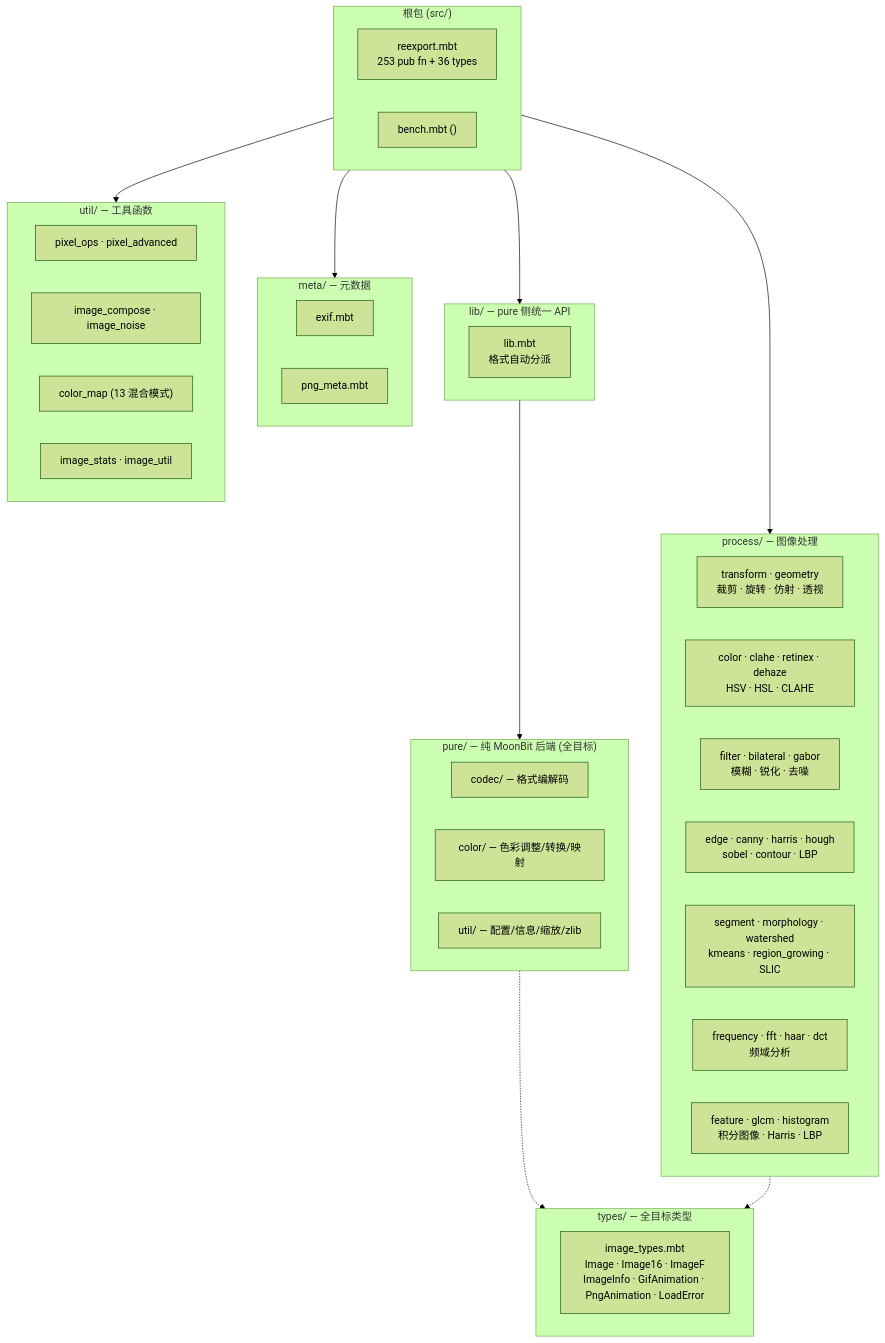
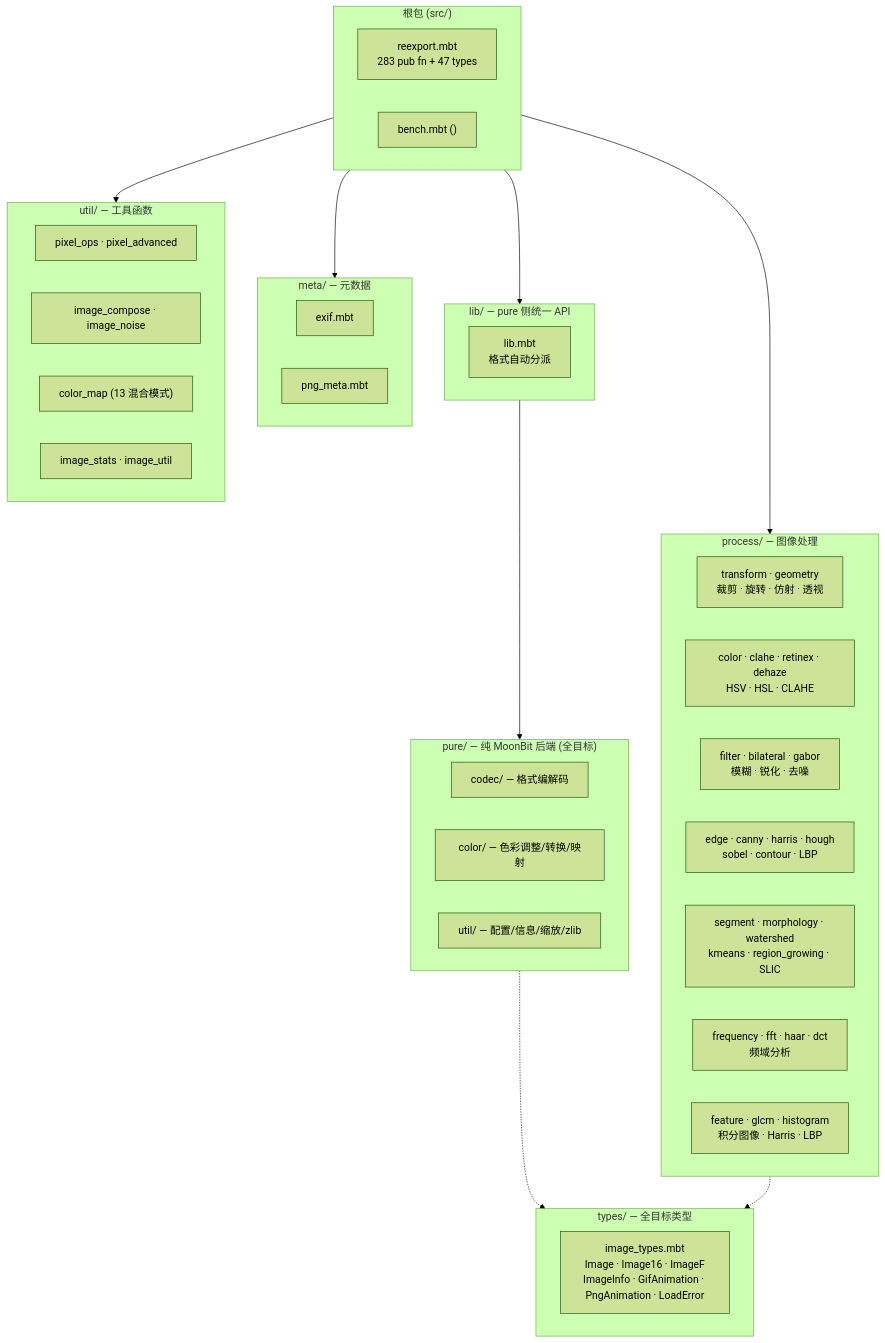
One commit to toadium/stb-image changed the second of 14 diagrams in docs/architecture.md. Above: the diagram before and after it, drawn with Mermaid (forest theme). The commit also changed other lines of this file and 6 other files, not shown here.

````diff
--- a/docs/architecture.md
+++ b/docs/architecture.md
@@ -76,51 +76,51 @@
 ```mermaid
 flowchart TB
     subgraph Root["根包 (src/)"]
-        RE["reexport.mbt<br/>253 pub fn + 36 types"]
+        RE["reexport.mbt<br/>283 pub fn + 47 types"]
         Bench["bench.mbt ()"]
     end
 
     subgraph TypesPkg["types/ — 全目标类型"]
         TypeDef["image_types.mbt<br/>Image · Image16 · ImageF<br/>ImageInfo · GifAnimation · PngAnimation · LoadError"]
     end
 
     subgraph Pure["pure/ — 纯 MoonBit 后端 (全目标)"]
         PureCodec["codec/ — 格式编解码"]
         PureColor["color/ — 色彩调整/转换/映射"]
         PureUtil["util/ — 配置/信息/缩放/zlib"]
     end
 
     subgraph Lib["lib/ — pure 侧统一 API"]
         LibEntry["lib.mbt<br/>格式自动分派"]
     end
 
     subgraph Process["process/ — 图像处理"]
         Transform["transform · geometry<br/>裁剪 · 旋转 · 仿射 · 透视"]
         Color["color · clahe · retinex · dehaze<br/>HSV · HSL · CLAHE"]
         Filter["filter · bilateral · gabor<br/>模糊 · 锐化 · 去噪"]
         Edge["edge · canny · harris · hough<br/>sobel · contour · LBP"]
         Segment["segment · morphology · watershed<br/>kmeans · region_growing · SLIC"]
         Freq["frequency · fft · haar · dct<br/>频域分析"]
         Feature["feature · glcm · histogram<br/>积分图像 · Harris · LBP"]
     end
 
     subgraph Meta["meta/ — 元数据"]
         EXIF["exif.mbt"]
         PNGMeta["png_meta.mbt"]
     end
 
     subgraph Util["util/ — 工具函数"]
         PixelOps["pixel_ops · pixel_advanced"]
         Compose["image_compose · image_noise"]
         Blend["color_map (13 混合模式)"]
         Stats["image_stats · image_util"]
     end
 
     Root --> Lib
     Root --> Process
     Root --> Meta
     Root --> Util
     Lib --> Pure
     Pure -.-> TypesPkg
     Process -.-> TypesPkg
 ```
````
